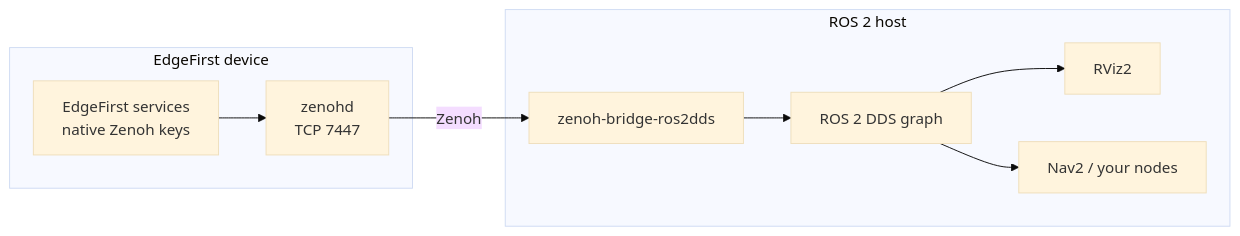
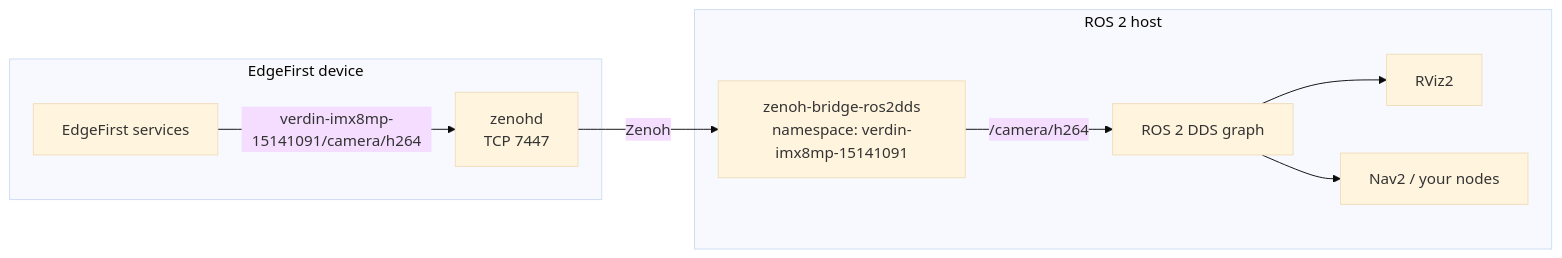
The diagram in profile/ros2.md (EdgeFirstAI/.github), drawn with Mermaid (base theme) before and after one commit. The commit also changed other lines of this file and 3 other files, not shown here.

First line of the commit message:
EDGEAI-1693: Document the ros2dds bridge namespace mapping

````diff
--- a/profile/ros2.md
+++ b/profile/ros2.md
@@ -25,12 +26,12 @@
 ```mermaid
 flowchart LR
     subgraph device["EdgeFirst device"]
-        svc["EdgeFirst services<br/>native Zenoh keys"] --> zenohd["zenohd<br/>TCP 7447"]
+        svc["EdgeFirst services"] -->|verdin-imx8mp-15141091/camera/h264| zenohd["zenohd<br/>TCP 7447"]
     end
     subgraph host["ROS 2 host"]
-        bridge["zenoh-bridge-ros2dds"] --> dds["ROS 2 DDS graph"]
+        bridge["zenoh-bridge-ros2dds<br/>namespace: verdin-imx8mp-15141091"] -->|/camera/h264| dds["ROS 2 DDS graph"]
         dds --> rviz["RViz2"]
         dds --> nav["Nav2 / your nodes"]
     end
-    zenohd -- "Zenoh" --> bridge
+    zenohd -- Zenoh --> bridge
 ```
````
